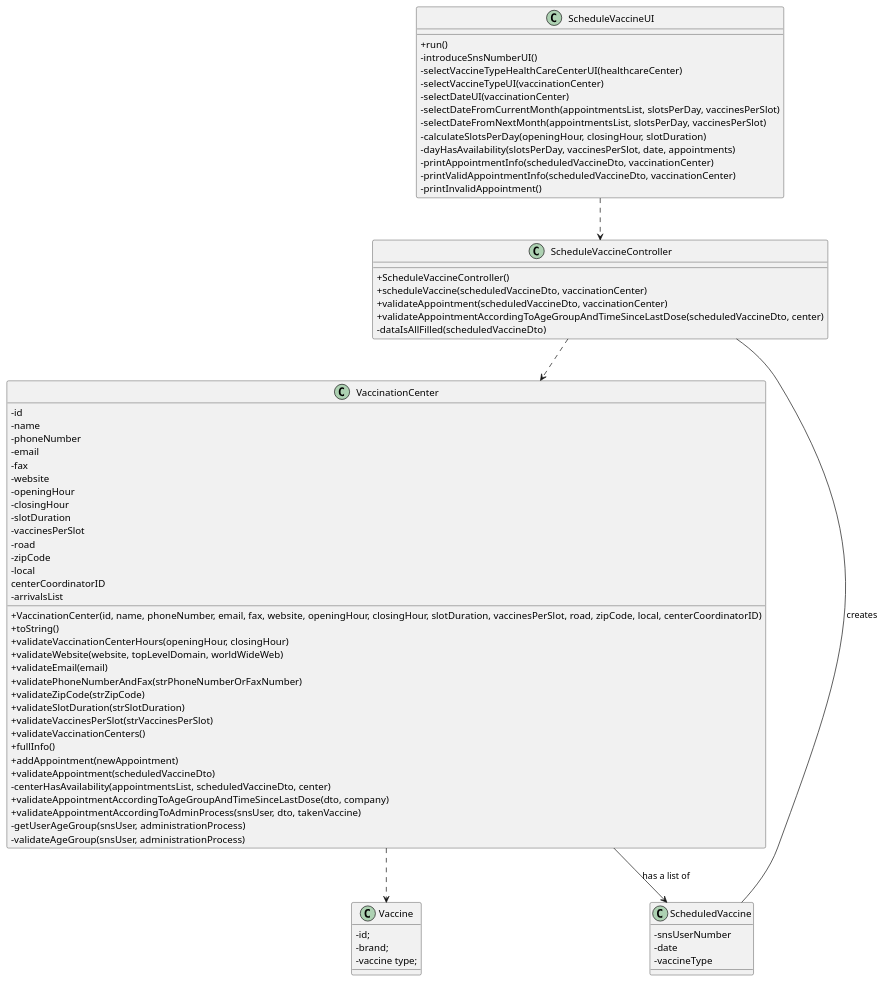
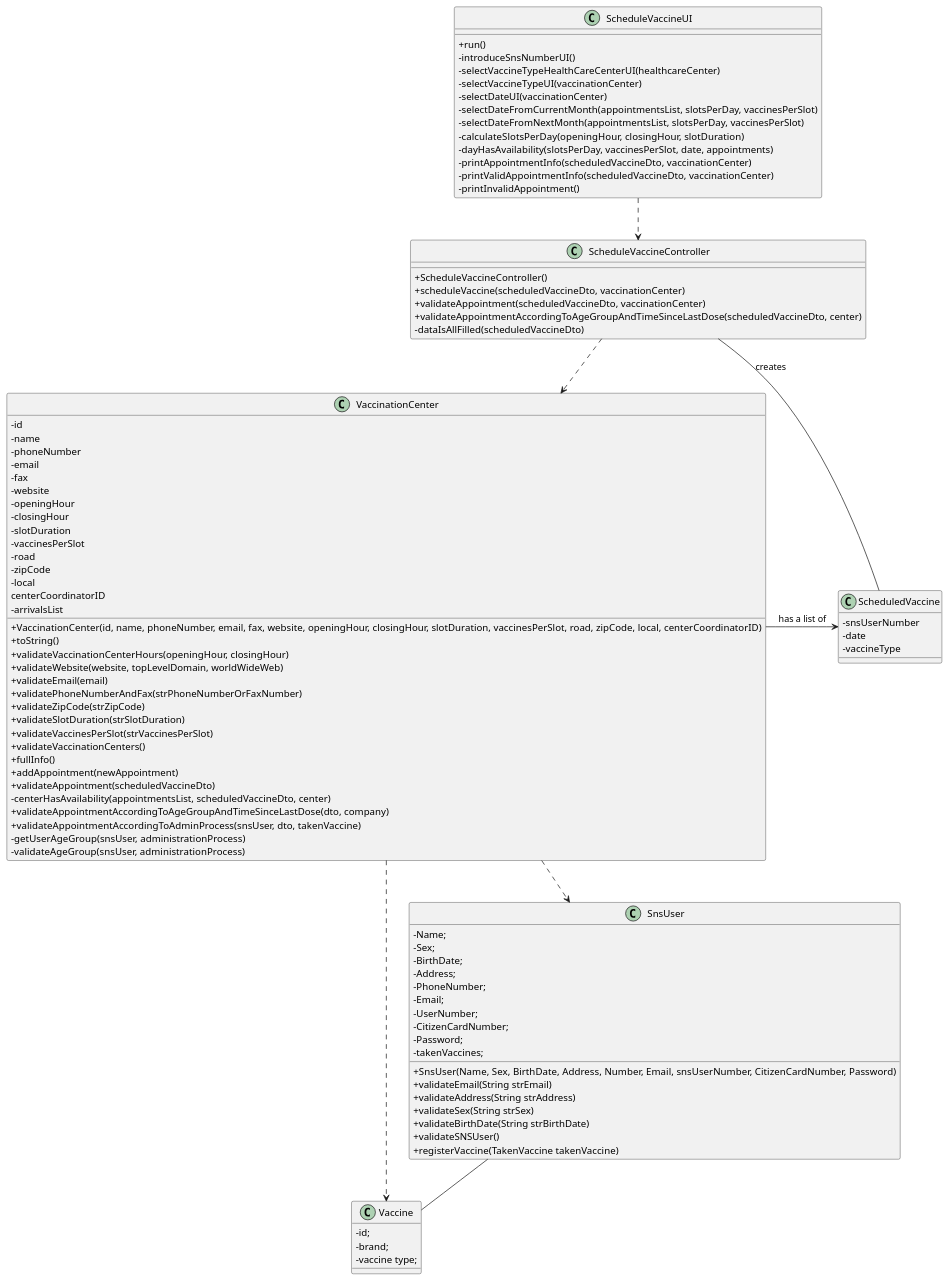
One commit to Pirussa/lei-22-s2-1da-g02 changed the diagram in docs/SprintC/US001/US001_CD.puml. Above: the diagram before and after it, drawn with PlantUML. The commit also changed 1 other file, not shown here.

Commit message:
US001 & US002 - Design - Class Diagram cahnges, adding SnsUser class and relation between vaccination center and vaccine/Sns User

```diff
--- a/docs/SprintC/US001/US001_CD.puml
+++ b/docs/SprintC/US001/US001_CD.puml
@@ -1,82 +1,103 @@
 @startuml
 skinparam classAttributeIconSize 0
 
 class ScheduleVaccineUI {
 +run()
 -introduceSnsNumberUI()
 -selectVaccineTypeHealthCareCenterUI(healthcareCenter)
 -selectVaccineTypeUI(vaccinationCenter)
 -selectDateUI(vaccinationCenter)
 -selectDateFromCurrentMonth(appointmentsList, slotsPerDay, vaccinesPerSlot)
 -selectDateFromNextMonth(appointmentsList, slotsPerDay, vaccinesPerSlot)
 -calculateSlotsPerDay(openingHour, closingHour, slotDuration)
 -dayHasAvailability(slotsPerDay, vaccinesPerSlot, date, appointments)
 -printAppointmentInfo(scheduledVaccineDto, vaccinationCenter)
 -printValidAppointmentInfo(scheduledVaccineDto, vaccinationCenter)
 -printInvalidAppointment()
 }
 
 class ScheduleVaccineController {
 +ScheduleVaccineController()
 +scheduleVaccine(scheduledVaccineDto, vaccinationCenter)
 +validateAppointment(scheduledVaccineDto, vaccinationCenter)
 +validateAppointmentAccordingToAgeGroupAndTimeSinceLastDose(scheduledVaccineDto, center)
 -dataIsAllFilled(scheduledVaccineDto)
 }
 
 
 class VaccinationCenter {
 -id
 -name
 -phoneNumber
 -email
 -fax
 -website
 -openingHour
 -closingHour
 -slotDuration
 -vaccinesPerSlot
 -road
 -zipCode
 -local
 centerCoordinatorID
 -arrivalsList
 +VaccinationCenter(id, name, phoneNumber, email, fax, website, openingHour, closingHour, slotDuration, vaccinesPerSlot, road, zipCode, local, centerCoordinatorID)
 +toString()
 +validateVaccinationCenterHours(openingHour, closingHour)
 +validateWebsite(website, topLevelDomain, worldWideWeb)
 +validateEmail(email)
 +validatePhoneNumberAndFax(strPhoneNumberOrFaxNumber)
 +validateZipCode(strZipCode)
 +validateSlotDuration(strSlotDuration)
 +validateVaccinesPerSlot(strVaccinesPerSlot)
 +validateVaccinationCenters()
 +fullInfo()
 +addAppointment(newAppointment)
 +validateAppointment(scheduledVaccineDto)
 -centerHasAvailability(appointmentsList, scheduledVaccineDto, center)
 +validateAppointmentAccordingToAgeGroupAndTimeSinceLastDose(dto, company)
 +validateAppointmentAccordingToAdminProcess(snsUser, dto, takenVaccine)
 -getUserAgeGroup(snsUser, administrationProcess)
 -validateAgeGroup(snsUser, administrationProcess)
 }
 
 class Vaccine {
 -id;
 -brand;
 -vaccine type;
 }
 
  class ScheduledVaccine {
  -snsUserNumber
  -date
  -vaccineType
+ }
 
- }
+class SnsUser {
+- Name;
+- Sex;
+- BirthDate;
+- Address;
+- PhoneNumber;
+- Email;
+- UserNumber;
+- CitizenCardNumber;
+- Password;
+- takenVaccines;
++ SnsUser(Name, Sex, BirthDate, Address, Number, Email, snsUserNumber, CitizenCardNumber, Password)
++ validateEmail(String strEmail)
++ validateAddress(String strAddress)
++ validateSex(String strSex)
++ validateBirthDate(String strBirthDate)
++ validateSNSUser()
++ registerVaccine(TakenVaccine takenVaccine)
+}
 
 ScheduleVaccineUI ..> ScheduleVaccineController
 ScheduleVaccineController ..> VaccinationCenter
 ScheduleVaccineController -- ScheduledVaccine : creates
 VaccinationCenter ..> Vaccine
-VaccinationCenter --> ScheduledVaccine : has a list of
+VaccinationCenter ..> SnsUser
+SnsUser -- Vaccine
+VaccinationCenter --right> ScheduledVaccine : has a list of
 @enduml
```
